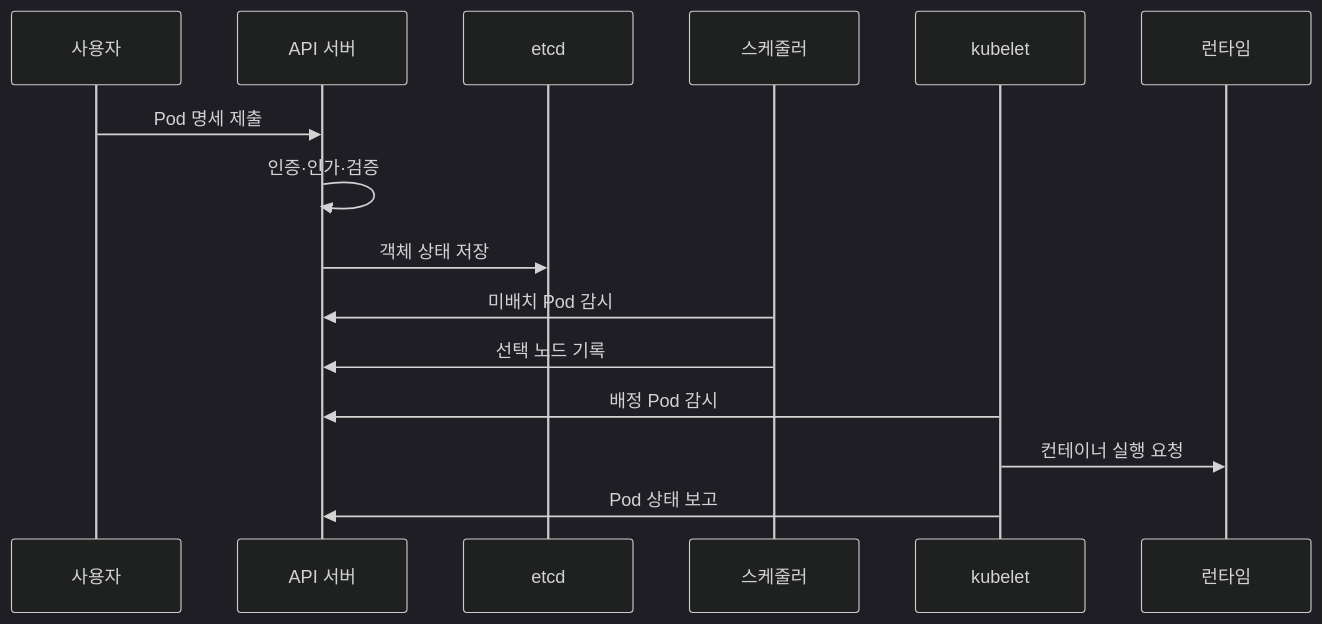
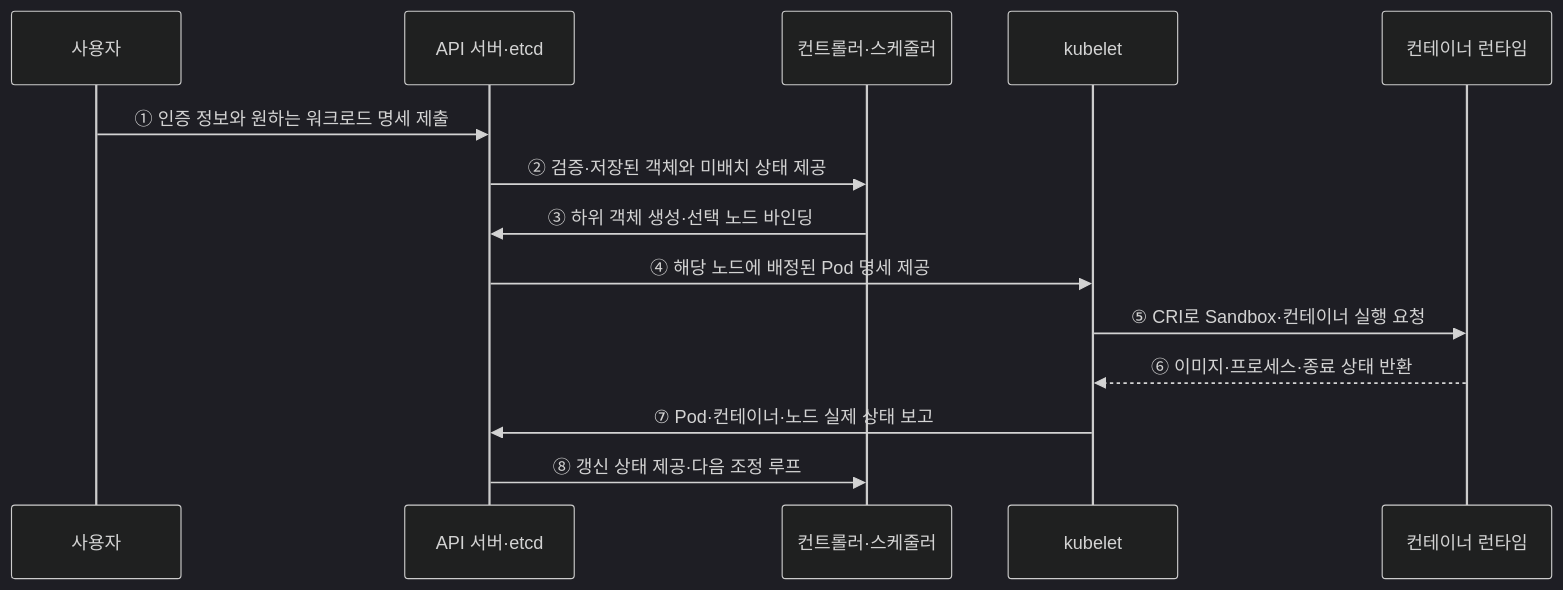
Before and after one commit to agnusdei1207/knowledge-base: the second of 2 diagrams in src/content/docs/notes/03-software/152_kubernetes_architecture.md, drawn with Mermaid (dark theme). The commit also changed other lines of this file and 20 other files, not shown here.

````diff
--- a/src/content/docs/notes/03-software/152_kubernetes_architecture.md
+++ b/src/content/docs/notes/03-software/152_kubernetes_architecture.md
@@ -86,17 +74,16 @@
 ```mermaid
 sequenceDiagram
     participant U as 사용자
-    participant A as API 서버
-    participant E as etcd
-    participant S as 스케줄러
+    participant A as API 서버·etcd
+    participant D as 컨트롤러·스케줄러
     participant K as kubelet
-    participant R as 런타임
-    U->>A: Pod 명세 제출
-    A->>A: 인증·인가·검증
-    A->>E: 객체 상태 저장
-    S->>A: 미배치 Pod 감시
-    S->>A: 선택 노드 기록
-    K->>A: 배정 Pod 감시
-    K->>R: 컨테이너 실행 요청
-    K->>A: Pod 상태 보고
+    participant R as 컨테이너 런타임
+    U->>A: ① 인증 정보와 원하는 워크로드 명세 제출
+    A->>D: ② 검증·저장된 객체와 미배치 상태 제공
+    D->>A: ③ 하위 객체 생성·선택 노드 바인딩
+    A->>K: ④ 해당 노드에 배정된 Pod 명세 제공
+    K->>R: ⑤ CRI로 Sandbox·컨테이너 실행 요청
+    R-->>K: ⑥ 이미지·프로세스·종료 상태 반환
+    K->>A: ⑦ Pod·컨테이너·노드 실제 상태 보고
+    A->>D: ⑧ 갱신 상태 제공·다음 조정 루프
 ```
````
